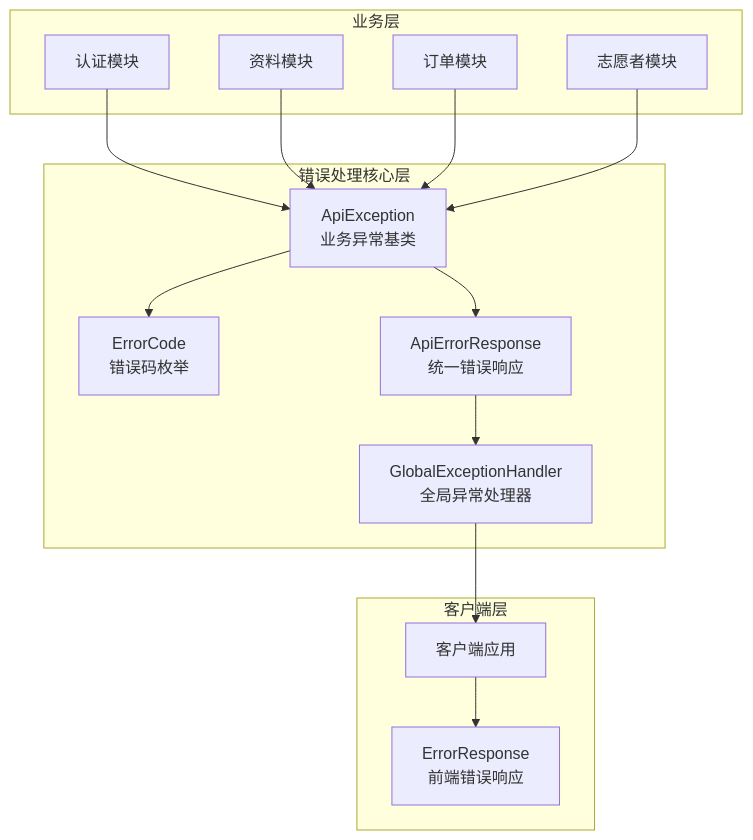
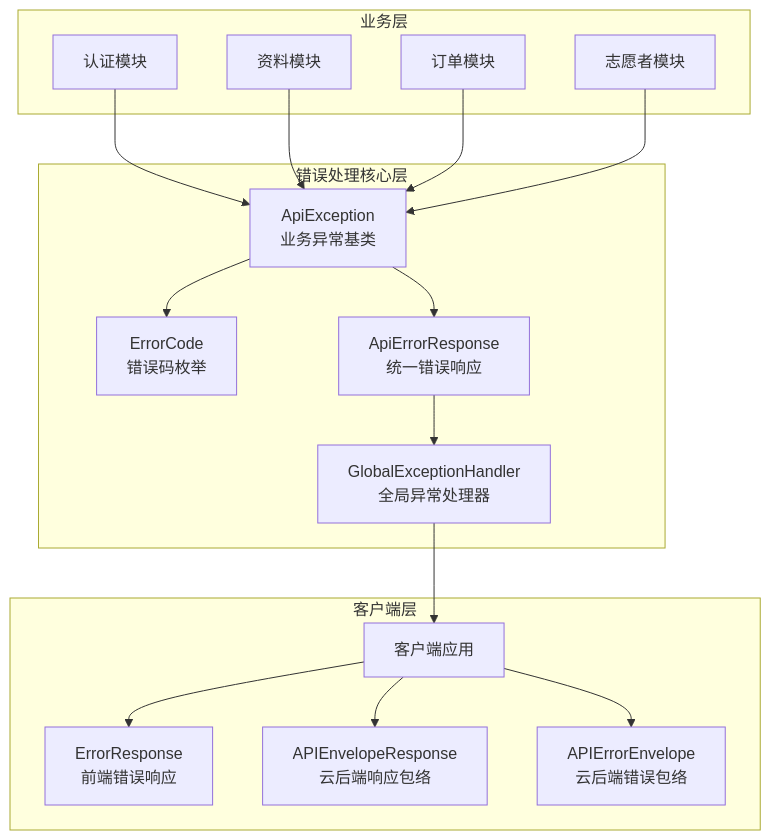
One commit to Jayden23018/blind-run-ios changed the first of 6 diagrams in .qoder/repowiki/zh/content/API 接口文档/错误处理与响应.md. Above: the diagram before and after it, drawn with Mermaid. The commit also changed other lines of this file and 9 other files, not shown here.

````diff
--- a/.qoder/repowiki/zh/content/API 接口文档/错误处理与响应.md
+++ b/.qoder/repowiki/zh/content/API 接口文档/错误处理与响应.md
@@ -45,28 +44,32 @@
 ```mermaid
 graph TB
 subgraph "错误处理核心层"
 ApiException[ApiException<br/>业务异常基类]
 ErrorCode[ErrorCode<br/>错误码枚举]
 ApiErrorResponse[ApiErrorResponse<br/>统一错误响应]
 GlobalExceptionHandler[GlobalExceptionHandler<br/>全局异常处理器]
 end
 subgraph "业务层"
 Auth[认证模块]
 Profile[资料模块]
 Order[订单模块]
 Volunteer[志愿者模块]
 end
 subgraph "客户端层"
 Client[客户端应用]
 ErrorResponse[ErrorResponse<br/>前端错误响应]
+APIEnvelopeResponse[APIEnvelopeResponse<br/>云后端响应包络]
+APIErrorEnvelope[APIErrorEnvelope<br/>云后端错误包络]
 end
 ApiException --> ErrorCode
 ApiException --> ApiErrorResponse
 ApiErrorResponse --> GlobalExceptionHandler
 GlobalExceptionHandler --> Client
 Auth --> ApiException
 Profile --> ApiException
 Order --> ApiException
 Volunteer --> ApiException
 Client --> ErrorResponse
+Client --> APIEnvelopeResponse
+Client --> APIErrorEnvelope
 ```
````
